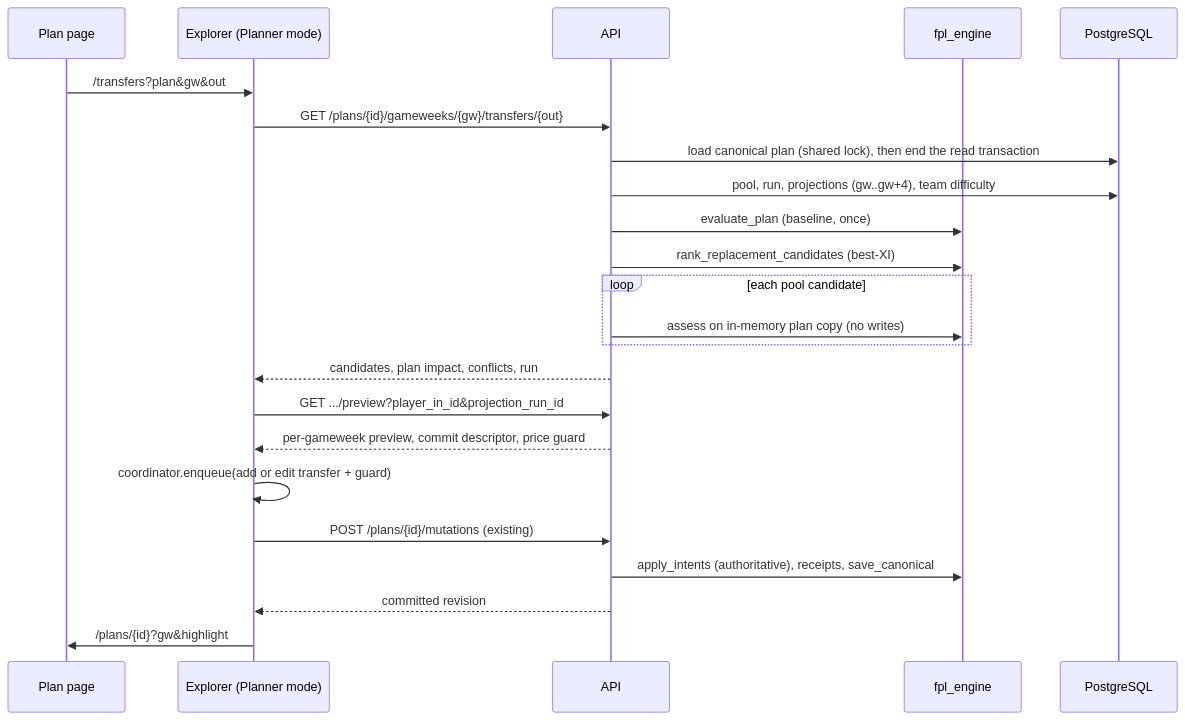
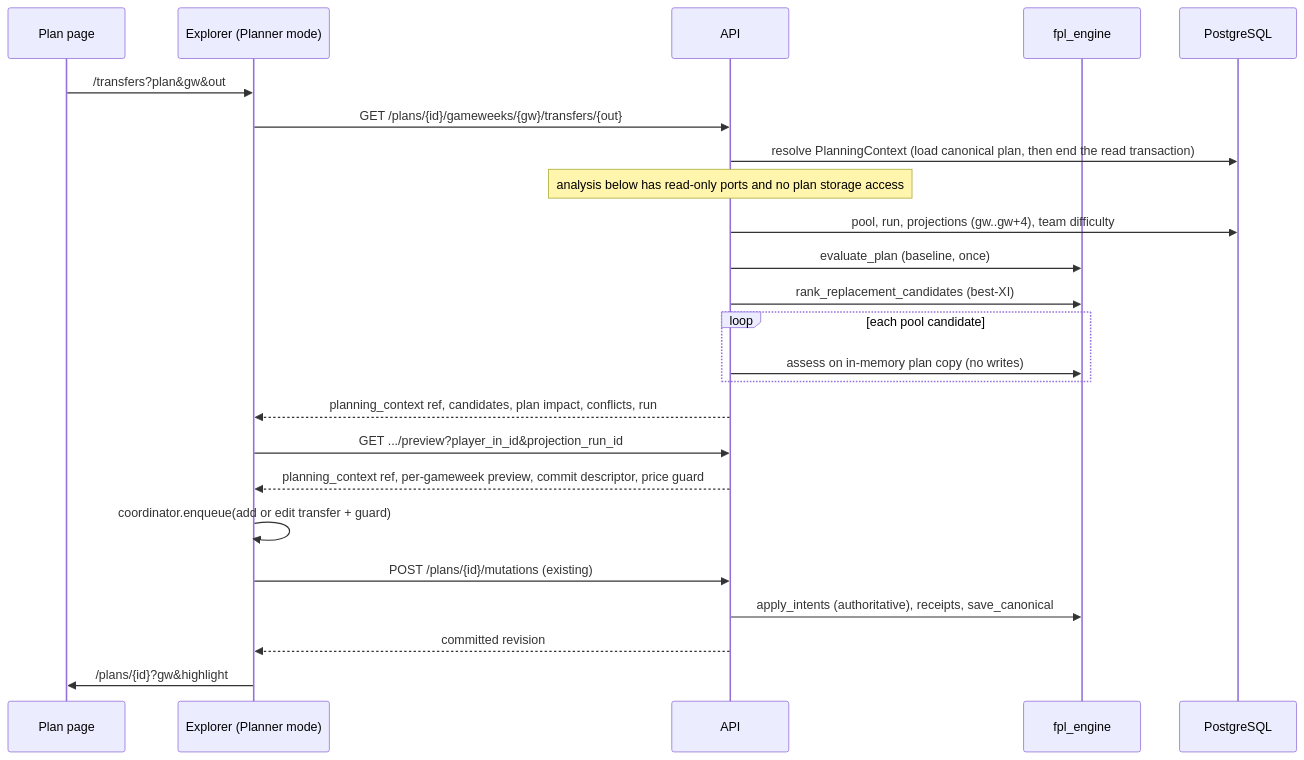
Before and after one commit to Angus-Woodman/fpl-tool: the diagram in specs/003-planner-transfer-workflow/plan.md, drawn with Mermaid. The commit also changed other lines of this file and 11 other files, not shown here.

````diff
--- a/specs/003-planner-transfer-workflow/plan.md
+++ b/specs/003-planner-transfer-workflow/plan.md
@@ -75,25 +76,26 @@
 ```mermaid
 sequenceDiagram
   participant P as Plan page
   participant X as Explorer (Planner mode)
   participant A as API
   participant E as fpl_engine
   participant DB as PostgreSQL
   P->>X: /transfers?plan&gw&out
   X->>A: GET /plans/{id}/gameweeks/{gw}/transfers/{out}
-  A->>DB: load canonical plan (shared lock), then end the read transaction
+  A->>DB: resolve PlanningContext (load canonical plan, then end the read transaction)
+  Note over A: analysis below has read-only ports and no plan storage access
   A->>DB: pool, run, projections (gw..gw+4), team difficulty
   A->>E: evaluate_plan (baseline, once)
   A->>E: rank_replacement_candidates (best-XI)
   loop each pool candidate
     A->>E: assess on in-memory plan copy (no writes)
   end
-  A-->>X: candidates, plan impact, conflicts, run
+  A-->>X: planning_context ref, candidates, plan impact, conflicts, run
   X->>A: GET .../preview?player_in_id&projection_run_id
-  A-->>X: per-gameweek preview, commit descriptor, price guard
+  A-->>X: planning_context ref, per-gameweek preview, commit descriptor, price guard
   X->>X: coordinator.enqueue(add or edit transfer + guard)
   X->>A: POST /plans/{id}/mutations (existing)
   A->>E: apply_intents (authoritative), receipts, save_canonical
   A-->>X: committed revision
   X->>P: /plans/{id}?gw&highlight
 ```
````
